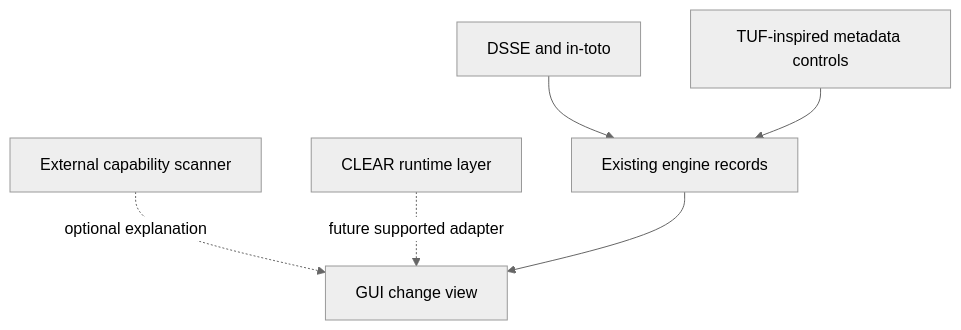
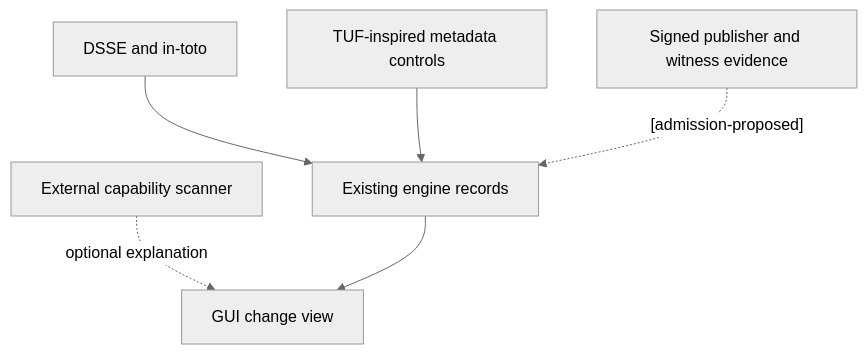
Diagram 18 of 31 in docs/mago-ski-ontology.md (mago-foundation/mago-ski), drawn with Mermaid (neutral theme) before and after one commit. The commit also changed other lines of this file and 6 other files, not shown here.

````diff
--- a/docs/mago-ski-ontology.md
+++ b/docs/mago-ski-ontology.md
@@ -1861,8 +1871,8 @@
 ```mermaid
 flowchart TD
     D["DSSE and in-toto"] --> E["Existing engine records"]
     T["TUF-inspired metadata controls"] --> E
     S["External capability scanner"] -. "optional explanation" .-> G["GUI change view"]
-    C["CLEAR runtime layer"] -. "future supported adapter" .-> G
+    P["Signed publisher and witness evidence"] -. "[admission-proposed]" .-> E
     E --> G
 ```
````
